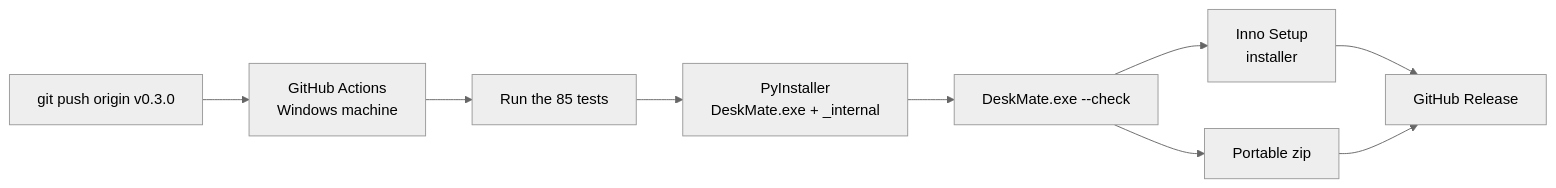
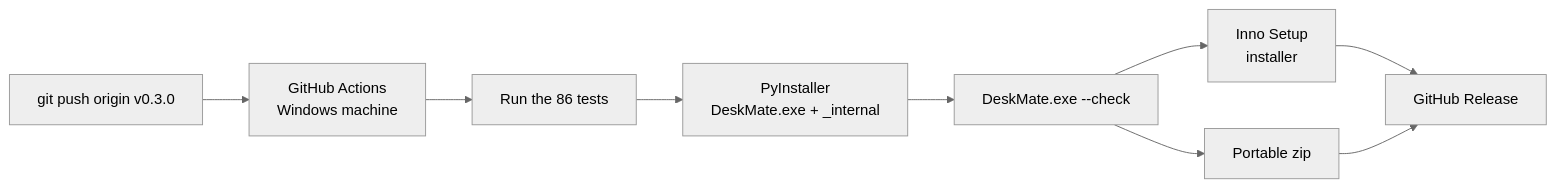
The second of 2 diagrams in TUTORIAL.md (MuizKmz/deskmate), drawn with Mermaid (neutral theme) before and after one commit. The commit also changed 35 other files, not shown here.

````diff
--- a/TUTORIAL.md
+++ b/TUTORIAL.md
@@ -372,11 +372,11 @@
 ```mermaid
 flowchart LR
     T["git push origin v0.3.0"] --> GA[GitHub Actions<br/>Windows machine]
-    GA --> TS[Run the 85 tests]
+    GA --> TS[Run the 86 tests]
     TS --> PI["PyInstaller<br/>DeskMate.exe + _internal"]
     PI --> CK["DeskMate.exe --check"]
     CK --> IS[Inno Setup<br/>installer]
     CK --> ZIP[Portable zip]
     IS --> R[GitHub Release]
     ZIP --> R
 ```
````
